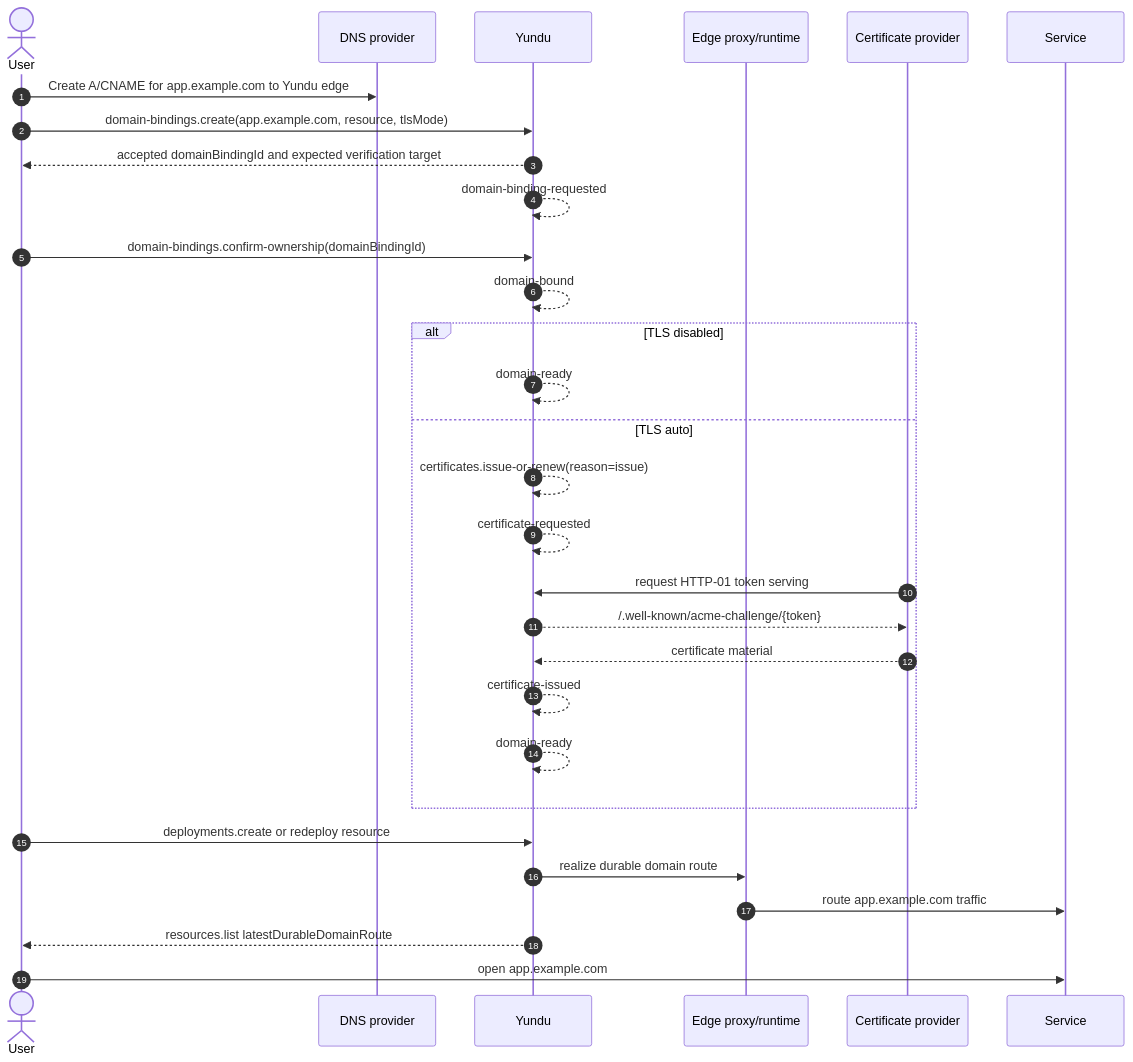
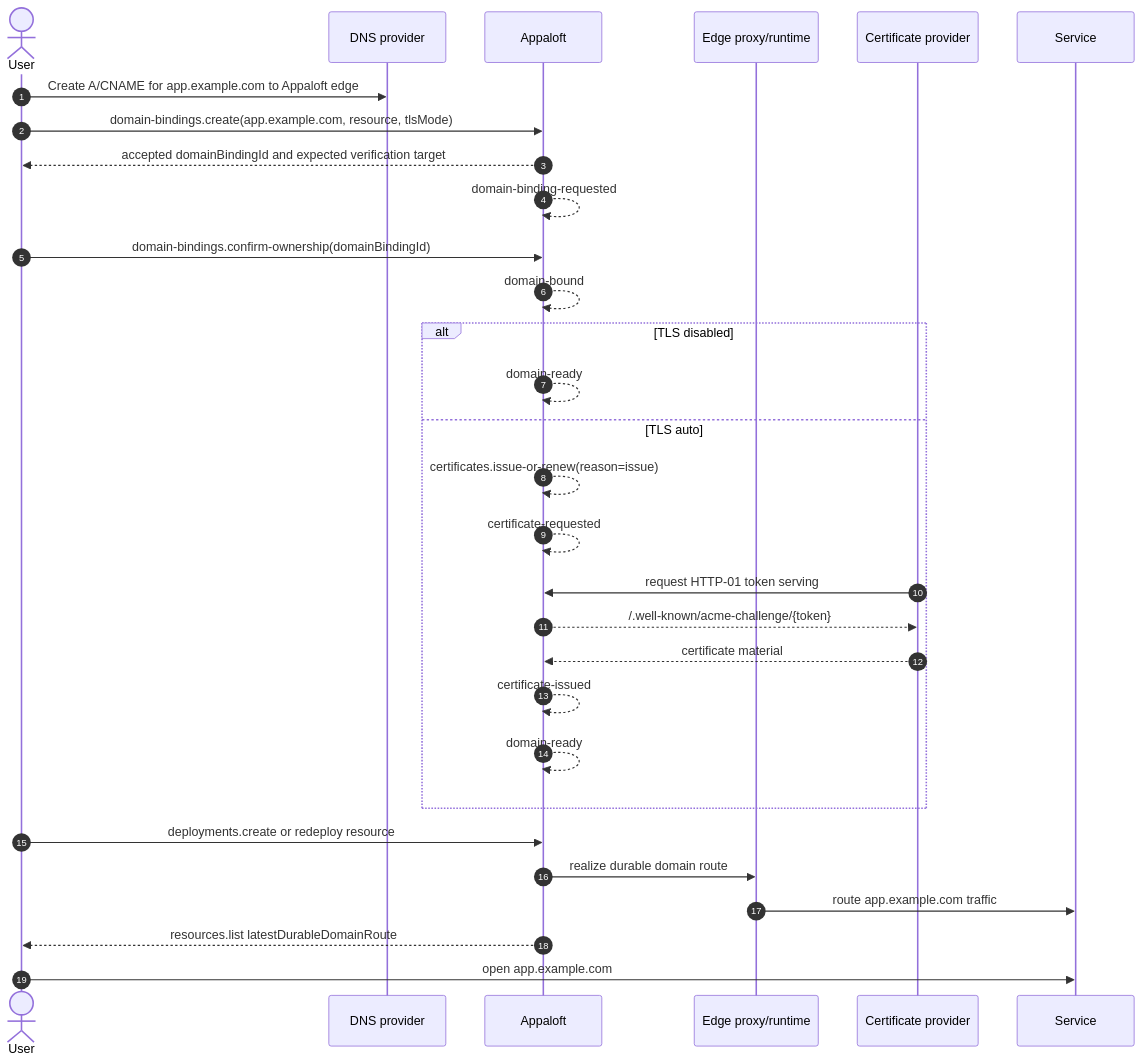
One commit to appaloft/appaloft changed the first of 2 diagrams in docs/workflows/routing-domain-and-tls.md. Above: the diagram before and after it, drawn with Mermaid. The commit also changed other lines of this file and 470 other files, not shown here.

````diff
--- a/docs/workflows/routing-domain-and-tls.md
+++ b/docs/workflows/routing-domain-and-tls.md
@@ -54,33 +54,33 @@
 ```mermaid
 sequenceDiagram
   autonumber
   actor User
   participant DNS as DNS provider
-  participant Yundu
+  participant Appaloft
   participant Proxy as Edge proxy/runtime
   participant CA as Certificate provider
   participant Service
 
-  User->>DNS: Create A/CNAME for app.example.com to Yundu edge
-  User->>Yundu: domain-bindings.create(app.example.com, resource, tlsMode)
-  Yundu-->>User: accepted domainBindingId and expected verification target
-  Yundu-->>Yundu: domain-binding-requested
-  User->>Yundu: domain-bindings.confirm-ownership(domainBindingId)
-  Yundu-->>Yundu: domain-bound
+  User->>DNS: Create A/CNAME for app.example.com to Appaloft edge
+  User->>Appaloft: domain-bindings.create(app.example.com, resource, tlsMode)
+  Appaloft-->>User: accepted domainBindingId and expected verification target
+  Appaloft-->>Appaloft: domain-binding-requested
+  User->>Appaloft: domain-bindings.confirm-ownership(domainBindingId)
+  Appaloft-->>Appaloft: domain-bound
   alt TLS disabled
-    Yundu-->>Yundu: domain-ready
+    Appaloft-->>Appaloft: domain-ready
   else TLS auto
-    Yundu-->>Yundu: certificates.issue-or-renew(reason=issue)
-    Yundu-->>Yundu: certificate-requested
-    CA->>Yundu: request HTTP-01 token serving
-    Yundu-->>CA: /.well-known/acme-challenge/{token}
-    CA-->>Yundu: certificate material
-    Yundu-->>Yundu: certificate-issued
-    Yundu-->>Yundu: domain-ready
+    Appaloft-->>Appaloft: certificates.issue-or-renew(reason=issue)
+    Appaloft-->>Appaloft: certificate-requested
+    CA->>Appaloft: request HTTP-01 token serving
+    Appaloft-->>CA: /.well-known/acme-challenge/{token}
+    CA-->>Appaloft: certificate material
+    Appaloft-->>Appaloft: certificate-issued
+    Appaloft-->>Appaloft: domain-ready
   end
-  User->>Yundu: deployments.create or redeploy resource
-  Yundu->>Proxy: realize durable domain route
+  User->>Appaloft: deployments.create or redeploy resource
+  Appaloft->>Proxy: realize durable domain route
   Proxy->>Service: route app.example.com traffic
-  Yundu-->>User: resources.list latestDurableDomainRoute
+  Appaloft-->>User: resources.list latestDurableDomainRoute
   User->>Service: open app.example.com
 ```
````
